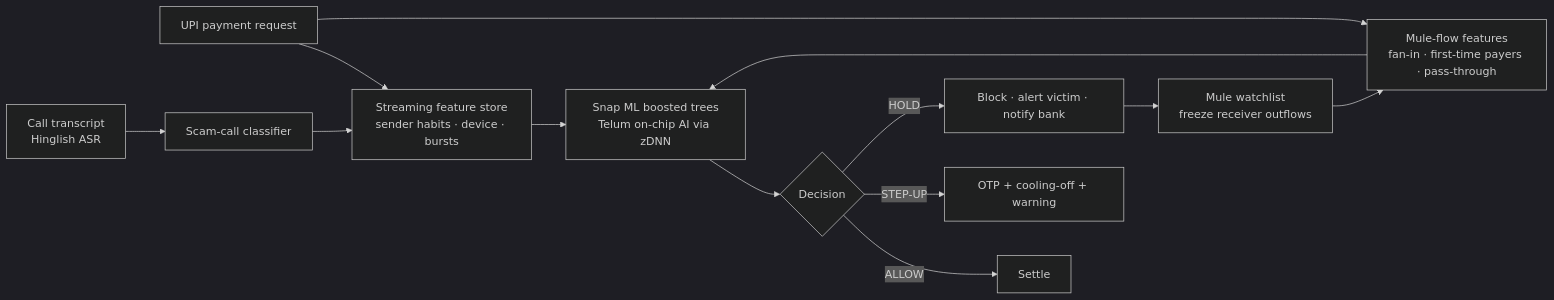
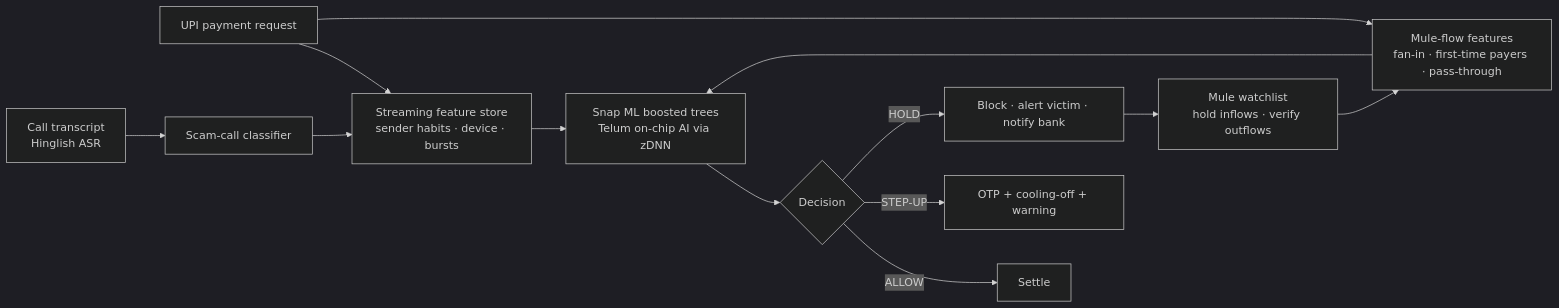
The diagram in README.md (devansh-91/kavach), drawn with Mermaid (dark theme) before and after one commit. The commit also changed other lines of this file and 10 other files, not shown here.

````diff
--- a/README.md
+++ b/README.md
@@ -59,14 +74,14 @@
 ```mermaid
 flowchart LR
   A[UPI payment request] --> F[Streaming feature store<br/>sender habits · device · bursts]
   A --> G[Mule-flow features<br/>fan-in · first-time payers · pass-through]
   C[Call transcript<br/>Hinglish ASR] --> CL[Scam-call classifier] --> F
   F --> M[Snap ML boosted trees<br/>Telum on-chip AI via zDNN]
   G --> M
   M --> D{Decision}
   D -->|ALLOW| OK[Settle]
   D -->|STEP-UP| OTP[OTP + cooling-off + warning]
   D -->|HOLD| H[Block · alert victim · notify bank]
-  H --> W[Mule watchlist<br/>freeze receiver outflows]
+  H --> W[Mule watchlist<br/>hold inflows · verify outflows]
   W --> G
 ```
````
